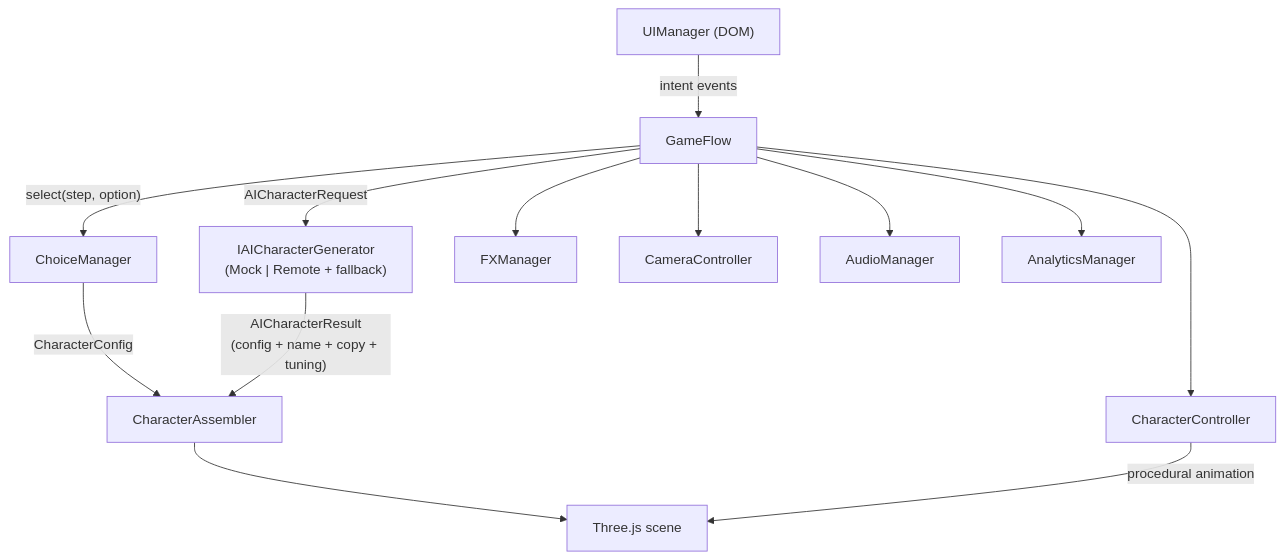
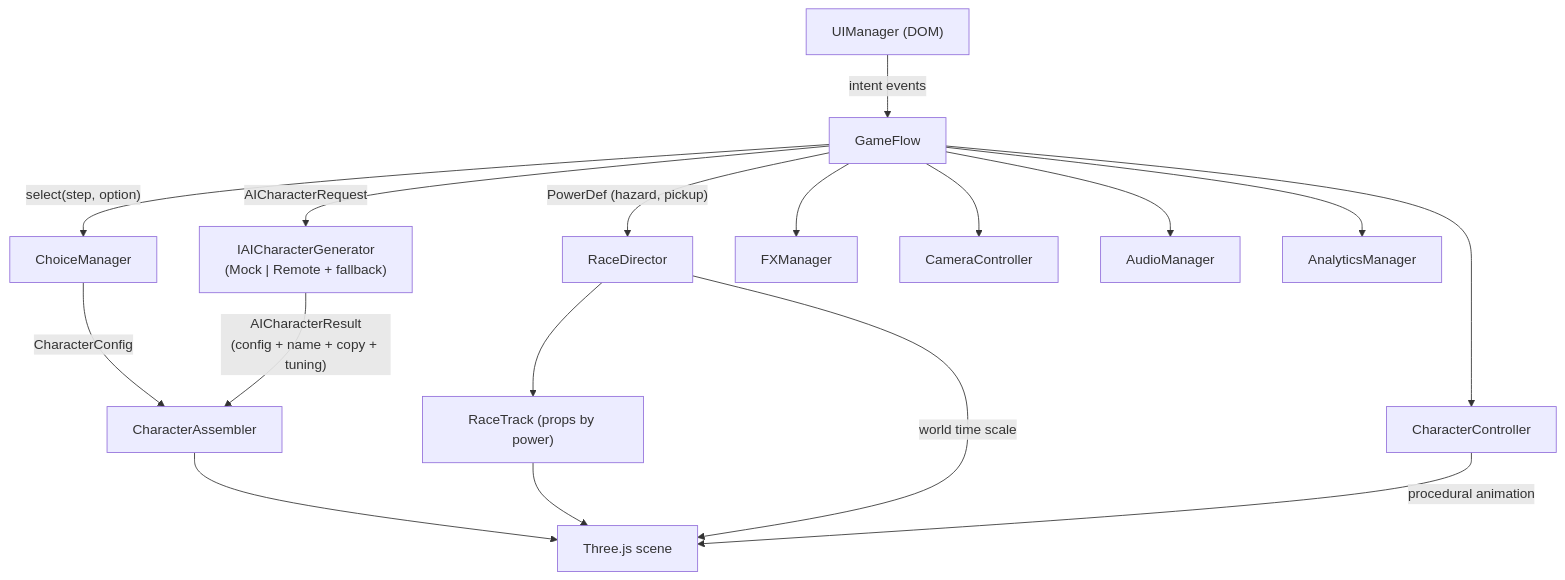
Before and after one commit to AndersonIgarashi/robot_rescue: the diagram in README.md, drawn with Mermaid. The commit also changed other lines of this file and 61 other files, not shown here.

````diff
--- a/README.md
+++ b/README.md
@@ -73,11 +88,14 @@
 ```mermaid
 flowchart TD
     UI["UIManager (DOM)"] -- "intent events" --> Flow[GameFlow]
     Flow -- "select(step, option)" --> Choices[ChoiceManager]
     Choices -- "CharacterConfig" --> Assembler[CharacterAssembler]
     Flow -- "AICharacterRequest" --> AI["IAICharacterGenerator<br/>(Mock | Remote + fallback)"]
     AI -- "AICharacterResult<br/>(config + name + copy + tuning)" --> Assembler
     Assembler --> Scene["Three.js scene"]
+    Flow -- "PowerDef (hazard, pickup)" --> Race[RaceDirector]
+    Race --> Track["RaceTrack (props by power)"] --> Scene
+    Race -- "world time scale" --> Scene
     Controller[CharacterController] -- "procedural animation" --> Scene
     Flow --> Controller & FX[FXManager] & Camera[CameraController] & Audio[AudioManager] & Analytics[AnalyticsManager]
 ```
````
